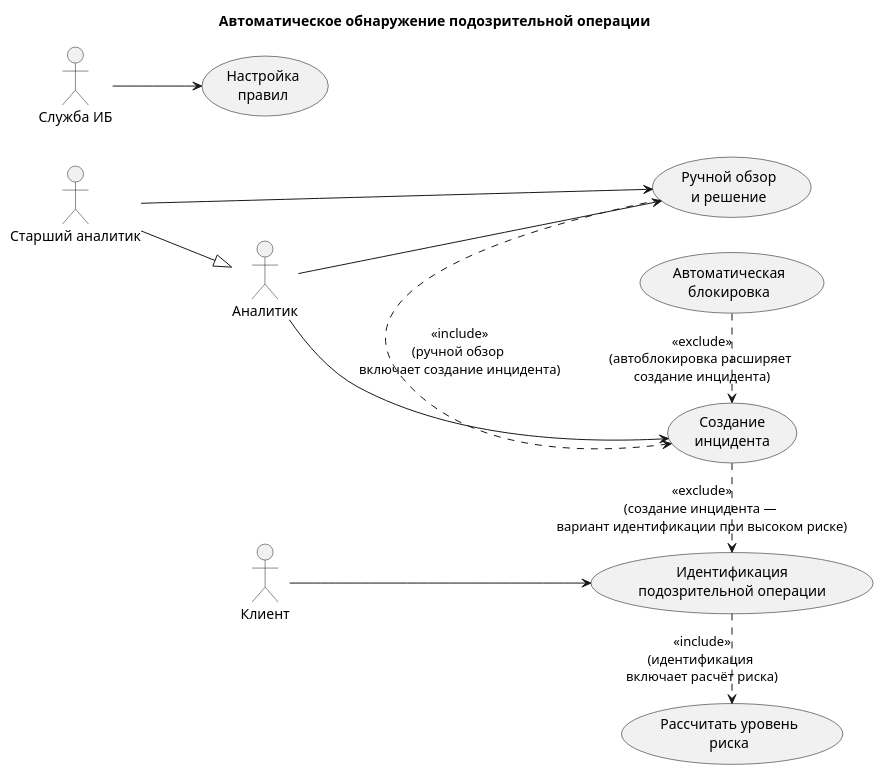
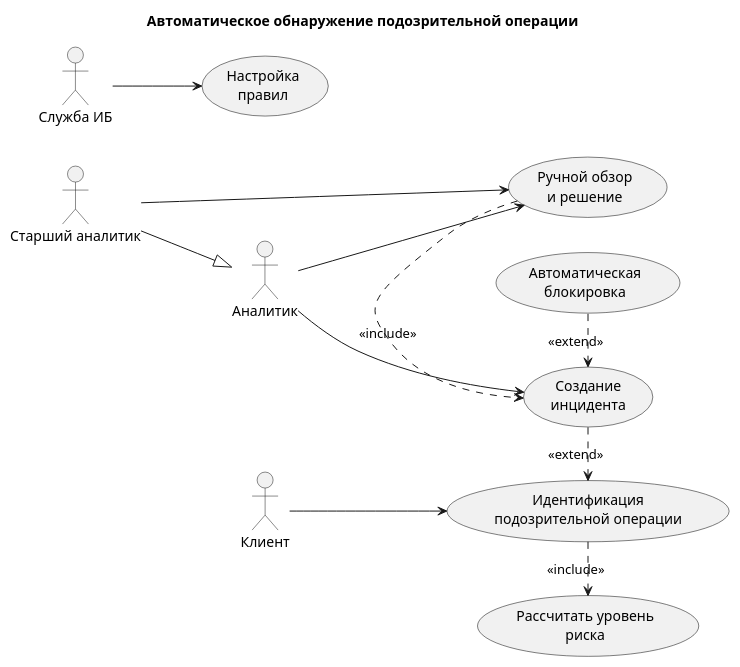
The diagram in documentation/docs/use-cases/use-cases.md (VladimirAndreevv/FraudMonitorInRemoteBankingServices), drawn with PlantUML before and after one commit. The commit also changed other lines of this file and 8 other files, not shown here.

````diff
--- a/documentation/docs/use-cases/use-cases.md
+++ b/documentation/docs/use-cases/use-cases.md
@@ -14,38 +13,38 @@
 ```plantuml
 @startuml
 title Автоматическое обнаружение подозрительной операции
 left to right direction
 
 skinparam usecase {
   BorderColor Black
 }
 skinparam actorStyle modern
 
 actor Клиент
 actor "Служба ИБ" as IB
 actor Аналитик
 actor "Старший аналитик" as Senior
 
 Senior --|> Аналитик
 
 usecase "Идентификация\nподозрительной операции" as UC_Detect
 usecase "Рассчитать уровень\nриска" as UC_Risk
 usecase "Создание\nинцидента" as UC_Create
 usecase "Ручной обзор\nи решение" as UC_Review
 usecase "Автоматическая\nблокировка" as UC_Block
 usecase "Настройка\nправил" as UC_Tune
 
 Клиент --> UC_Detect
 IB --> UC_Tune
 Аналитик --> UC_Review
 Аналитик --> UC_Create
 Senior --> UC_Review
 
-UC_Detect .> UC_Risk : <<include>>\n(идентификация \nвключает расчёт риска)
-UC_Create .> UC_Detect : <<exclude>>\n(создание инцидента — \nвариант идентификации при высоком риске)
-UC_Review .> UC_Create : <<include>>\n(ручной обзор \nвключает создание инцидента)
-UC_Block .> UC_Create : <<exclude>>\n(автоблокировка расширяет \nсоздание инцидента)
+UC_Detect .> UC_Risk : <<include>>
+UC_Create .> UC_Detect : <<extend>>
+UC_Review .> UC_Create : <<include>>
+UC_Block .> UC_Create : <<extend>>
 
 @enduml
 
 ```
````
